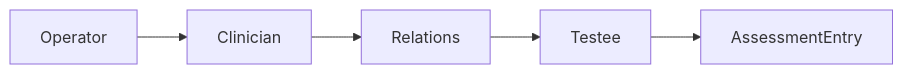
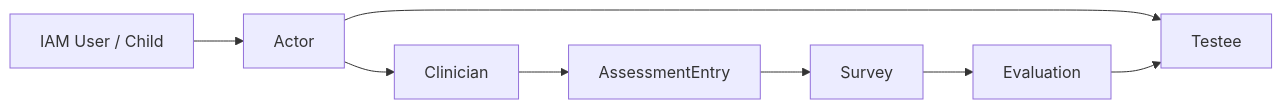
One commit to FangcunMount/qs-server changed the diagram in docs/02-业务模块/actor/README.md. Above: the diagram before and after it, drawn with Mermaid. The commit also changed other lines of this file and 5 other files, not shown here.

````diff
--- a/docs/02-业务模块/actor/README.md
+++ b/docs/02-业务模块/actor/README.md
@@ -14,11 +106,10 @@
 ```mermaid
 flowchart LR
-    operator["Operator"]
-    clinician["Clinician"]
-    testee["Testee"]
-    entry["AssessmentEntry"]
-    relation["Relations"]
-    operator --> clinician
-    clinician --> relation --> testee
-    testee --> entry
+    iam["IAM User / Child"] --> actor["Actor"]
+    actor --> testee["Testee"]
+    actor --> clinician["Clinician"]
+    clinician --> entry["AssessmentEntry"]
+    entry --> survey["Survey"]
+    survey --> evaluation["Evaluation"]
+    evaluation --> testee
 ```
````
